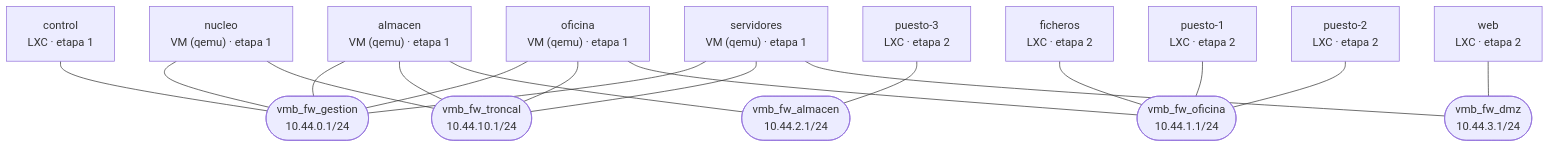
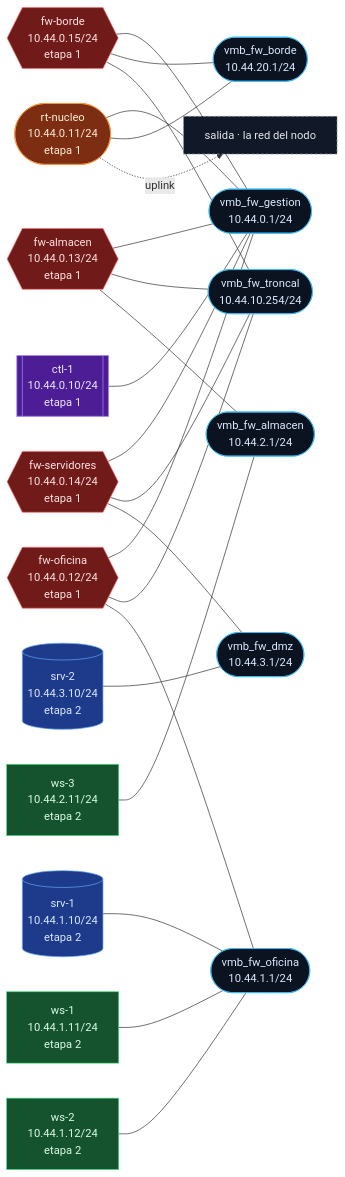
Before and after one commit to MagicJF/netlabs-iac: the diagram in labs/08_dunder-mifflin-con-fw/08_dunder-mifflin-con-fw.md, drawn with Mermaid. The commit also changed other lines of this file and 24 other files, not shown here.

````diff
--- a/labs/08_dunder-mifflin-con-fw/08_dunder-mifflin-con-fw.md
+++ b/labs/08_dunder-mifflin-con-fw/08_dunder-mifflin-con-fw.md
@@ -24,35 +24,50 @@
 ```mermaid
-graph TD
-    b_vmb_fw_gestion(["vmb_fw_gestion<br/>10.44.0.1/24"])
-    b_vmb_fw_troncal(["vmb_fw_troncal<br/>10.44.10.1/24"])
-    b_vmb_fw_oficina(["vmb_fw_oficina<br/>10.44.1.1/24"])
-    b_vmb_fw_almacen(["vmb_fw_almacen<br/>10.44.2.1/24"])
-    b_vmb_fw_dmz(["vmb_fw_dmz<br/>10.44.3.1/24"])
-    i_almacen["almacen<br/>VM (qemu) · etapa 1"]
+graph LR
+    classDef segmento fill:#0b1220,stroke:#38bdf8,color:#dbeafe;
+    classDef salida fill:#111827,stroke:#9ca3af,color:#e5e7eb,stroke-dasharray:4 3;
+    classDef rt fill:#7c2d12,stroke:#fb923c,color:#ffedd5;
+    classDef fw fill:#701a1a,stroke:#f87171,color:#fee2e2;
+    classDef sw fill:#134e4a,stroke:#2dd4bf,color:#ccfbf1;
+    classDef srv fill:#1e3a8a,stroke:#60a5fa,color:#dbeafe;
+    classDef ws fill:#14532d,stroke:#4ade80,color:#dcfce7;
+    classDef ctl fill:#4c1d95,stroke:#a78bfa,color:#ede9fe;
+    b_vmb_fw_gestion(["vmb_fw_gestion<br/>10.44.0.1/24"]):::segmento
+    b_vmb_fw_borde(["vmb_fw_borde<br/>10.44.20.1/24"]):::segmento
+    b_vmb_fw_troncal(["vmb_fw_troncal<br/>10.44.10.254/24"]):::segmento
+    b_vmb_fw_oficina(["vmb_fw_oficina<br/>10.44.1.1/24"]):::segmento
+    b_vmb_fw_almacen(["vmb_fw_almacen<br/>10.44.2.1/24"]):::segmento
+    b_vmb_fw_dmz(["vmb_fw_dmz<br/>10.44.3.1/24"]):::segmento
+    salida["salida · la red del nodo"]:::salida
+    i_almacen{{"fw-almacen<br/>10.44.0.13/24<br/>etapa 1"}}:::fw
     i_almacen --- b_vmb_fw_gestion
     i_almacen --- b_vmb_fw_troncal
     i_almacen --- b_vmb_fw_almacen
-    i_control["control<br/>LXC · etapa 1"]
+    i_borde{{"fw-borde<br/>10.44.0.15/24<br/>etapa 1"}}:::fw
+    i_borde --- b_vmb_fw_gestion
+    i_borde --- b_vmb_fw_borde
+    i_borde --- b_vmb_fw_troncal
+    i_control[["ctl-1<br/>10.44.0.10/24<br/>etapa 1"]]:::ctl
     i_control --- b_vmb_fw_gestion
-    i_nucleo["nucleo<br/>VM (qemu) · etapa 1"]
+    i_nucleo(["rt-nucleo<br/>10.44.0.11/24<br/>etapa 1"]):::rt
     i_nucleo --- b_vmb_fw_gestion
-    i_nucleo --- b_vmb_fw_troncal
-    i_oficina["oficina<br/>VM (qemu) · etapa 1"]
+    i_nucleo --- b_vmb_fw_borde
+    i_nucleo -.->|uplink| salida
+    i_oficina{{"fw-oficina<br/>10.44.0.12/24<br/>etapa 1"}}:::fw
     i_oficina --- b_vmb_fw_gestion
     i_oficina --- b_vmb_fw_troncal
     i_oficina --- b_vmb_fw_oficina
-    i_servidores["servidores<br/>VM (qemu) · etapa 1"]
+    i_servidores{{"fw-servidores<br/>10.44.0.14/24<br/>etapa 1"}}:::fw
     i_servidores --- b_vmb_fw_gestion
     i_servidores --- b_vmb_fw_troncal
     i_servidores --- b_vmb_fw_dmz
-    i_ficheros["ficheros<br/>LXC · etapa 2"]
+    i_ficheros[("srv-1<br/>10.44.1.10/24<br/>etapa 2")]:::srv
     i_ficheros --- b_vmb_fw_oficina
-    i_puesto_1["puesto-1<br/>LXC · etapa 2"]
+    i_puesto_1["ws-1<br/>10.44.1.11/24<br/>etapa 2"]:::ws
     i_puesto_1 --- b_vmb_fw_oficina
-    i_puesto_2["puesto-2<br/>LXC · etapa 2"]
+    i_puesto_2["ws-2<br/>10.44.1.12/24<br/>etapa 2"]:::ws
     i_puesto_2 --- b_vmb_fw_oficina
-    i_puesto_3["puesto-3<br/>LXC · etapa 2"]
+    i_puesto_3["ws-3<br/>10.44.2.11/24<br/>etapa 2"]:::ws
     i_puesto_3 --- b_vmb_fw_almacen
-    i_web["web<br/>LXC · etapa 2"]
+    i_web[("srv-2<br/>10.44.3.10/24<br/>etapa 2")]:::srv
     i_web --- b_vmb_fw_dmz
 ```
````
